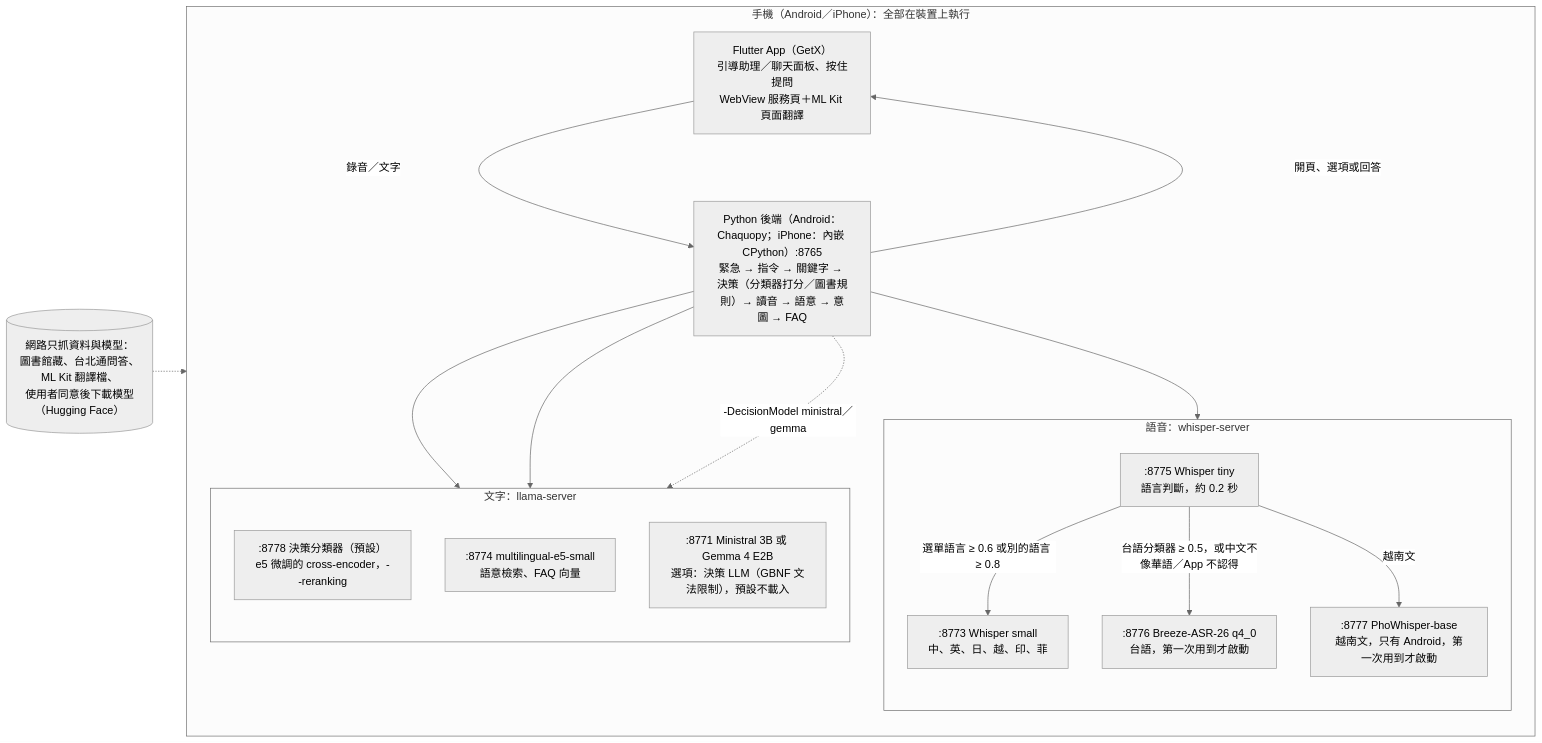
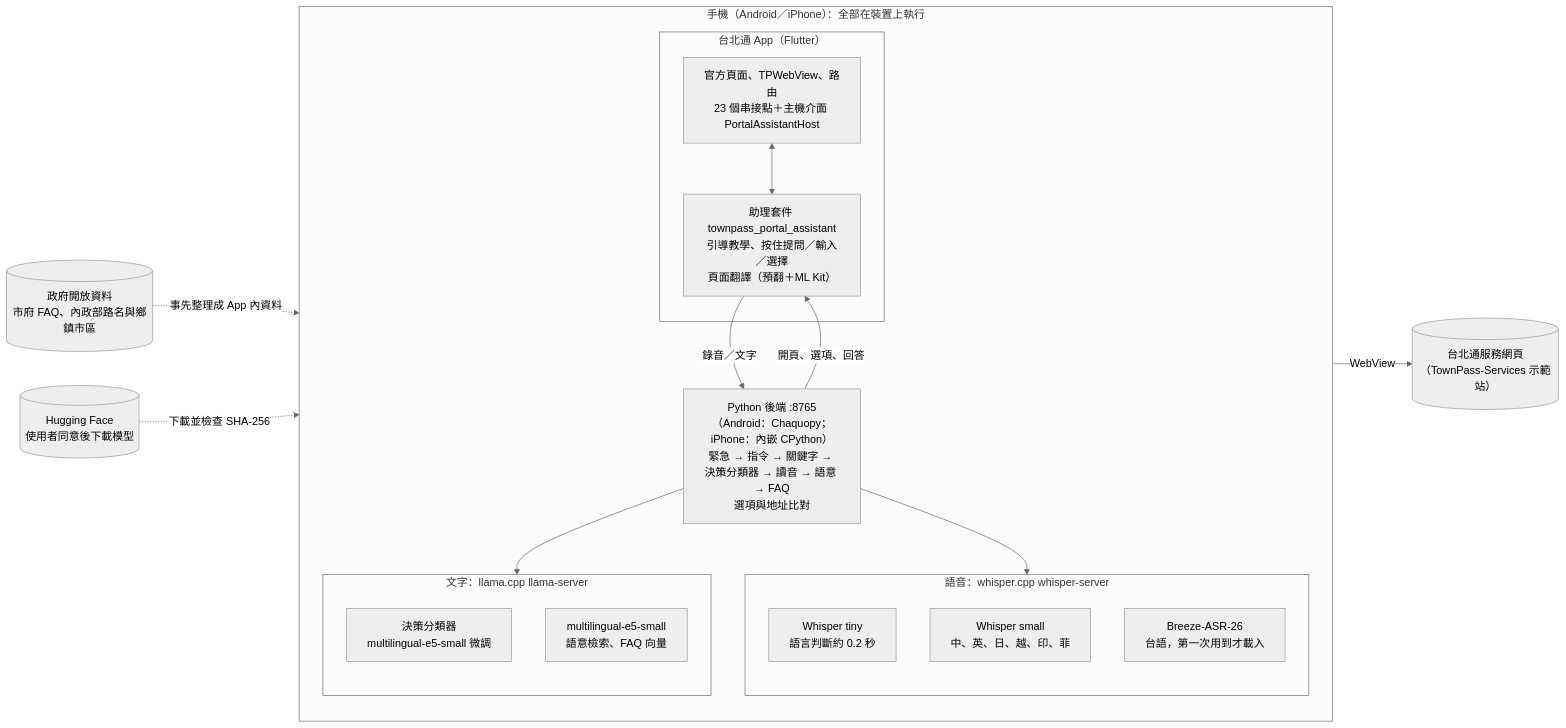
One commit to goodmorning1226/TownPass changed the diagram in README.md. Above: the diagram before and after it, drawn with Mermaid (neutral theme). The commit also changed other lines of this file and 1059 other files, not shown here.

````diff
--- a/README.md
+++ b/README.md
@@ -190,33 +93,34 @@
 ```mermaid
 flowchart LR
     subgraph phone["手機（Android／iPhone）：全部在裝置上執行"]
         direction TB
-        app["Flutter App（GetX）<br/>引導助理／聊天面板、按住提問<br/>WebView 服務頁＋ML Kit 頁面翻譯"]
-        backend["Python 後端（Android：Chaquopy；iPhone：內嵌 CPython）:8765<br/>緊急 → 指令 → 關鍵字 → 決策（分類器打分／圖書規則）→ 讀音 → 語意 → 意圖 → FAQ"]
-        subgraph speech["語音：whisper-server"]
+        subgraph host["台北通 App（Flutter）"]
+            tp["官方頁面、TPWebView、路由<br/>23 個串接點＋主機介面 PortalAssistantHost"]
+            pkg["助理套件 townpass_portal_assistant<br/>引導教學、按住提問／輸入／選擇<br/>頁面翻譯（預翻＋ML Kit）"]
+        end
+        backend["Python 後端 :8765<br/>（Android：Chaquopy；iPhone：內嵌 CPython）<br/>緊急 → 指令 → 關鍵字 → 決策分類器 → 讀音 → 語意 → FAQ<br/>選項與地址比對"]
+        subgraph speech["語音：whisper.cpp whisper-server"]
             direction TB
-            tiny[":8775 Whisper tiny<br/>語言判斷，約 0.2 秒"]
-            small[":8773 Whisper small<br/>中、英、日、越、印、菲"]
-            breeze[":8776 Breeze-ASR-26 q4_0<br/>台語，第一次用到才啟動"]
-            pho[":8777 PhoWhisper-base<br/>越南文，只有 Android，第一次用到才啟動"]
+            tiny["Whisper tiny<br/>語言判斷約 0.2 秒"]
+            small["Whisper small<br/>中、英、日、越、印、菲"]
+            breeze["Breeze-ASR-26<br/>台語，第一次用到才載入"]
         end
-        subgraph llm["文字：llama-server"]
+        subgraph text["文字：llama.cpp llama-server"]
             direction TB
-            cls[":8778 決策分類器（預設）<br/>e5 微調的 cross-encoder，--reranking"]
-            e5[":8774 multilingual-e5-small<br/>語意檢索、FAQ 向量"]
-            decide[":8771 Ministral 3B 或 Gemma 4 E2B<br/>選項：決策 LLM（GBNF 文法限制），預設不載入"]
+            cls["決策分類器<br/>multilingual-e5-small 微調"]
+            e5["multilingual-e5-small<br/>語意檢索、FAQ 向量"]
         end
     end
-    net[("網路只抓資料與模型：<br/>圖書館藏、台北通問答、ML Kit 翻譯檔、<br/>使用者同意後下載模型（Hugging Face）")]
+    web[("台北通服務網頁<br/>（TownPass-Services 示範站）")]
+    data[("政府開放資料<br/>市府 FAQ、內政部路名與鄉鎮市區")]
+    hf[("Hugging Face<br/>使用者同意後下載模型")]
 
-    app -->|"錄音／文字"| backend
-    backend -->|"開頁、選項或回答"| app
-    backend --> tiny
-    tiny -->|"選單語言 ≥ 0.6 或別的語言 ≥ 0.8"| small
-    tiny -->|"台語分類器 ≥ 0.5，或中文不像華語／App 不認得"| breeze
-    tiny -->|"越南文"| pho
-    backend --> cls
-    backend --> e5
-    backend -.->|"-DecisionModel ministral／gemma"| decide
-    net -.-> app
+    tp <--> pkg
+    pkg -->|錄音／文字| backend
+    backend -->|開頁、選項、回答| pkg
+    backend --> speech
+    backend --> text
+    tp -->|WebView| web
+    data -.->|事先整理成 App 內資料| backend
+    hf -.->|下載並檢查 SHA-256| phone
 ```
````
